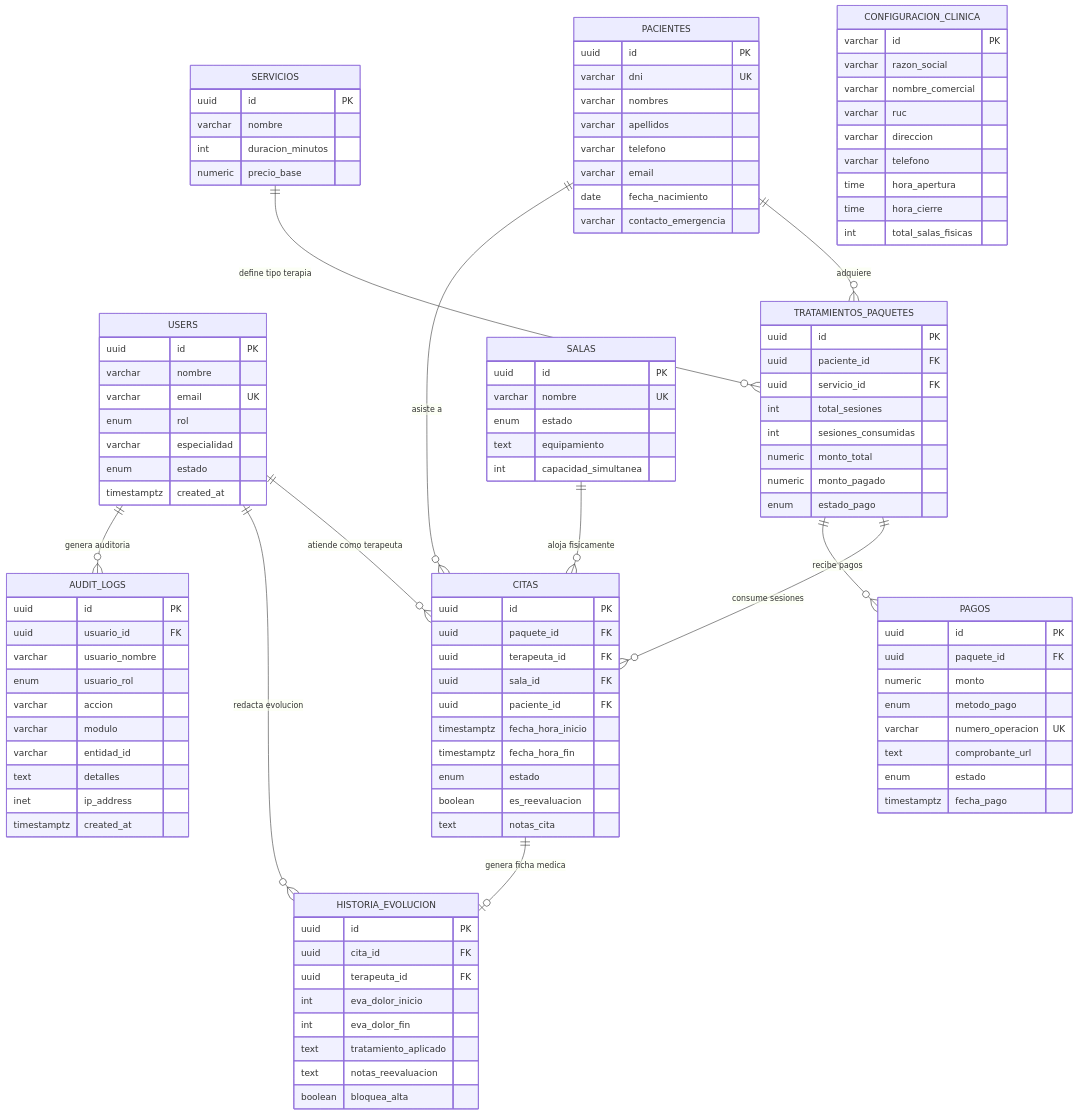
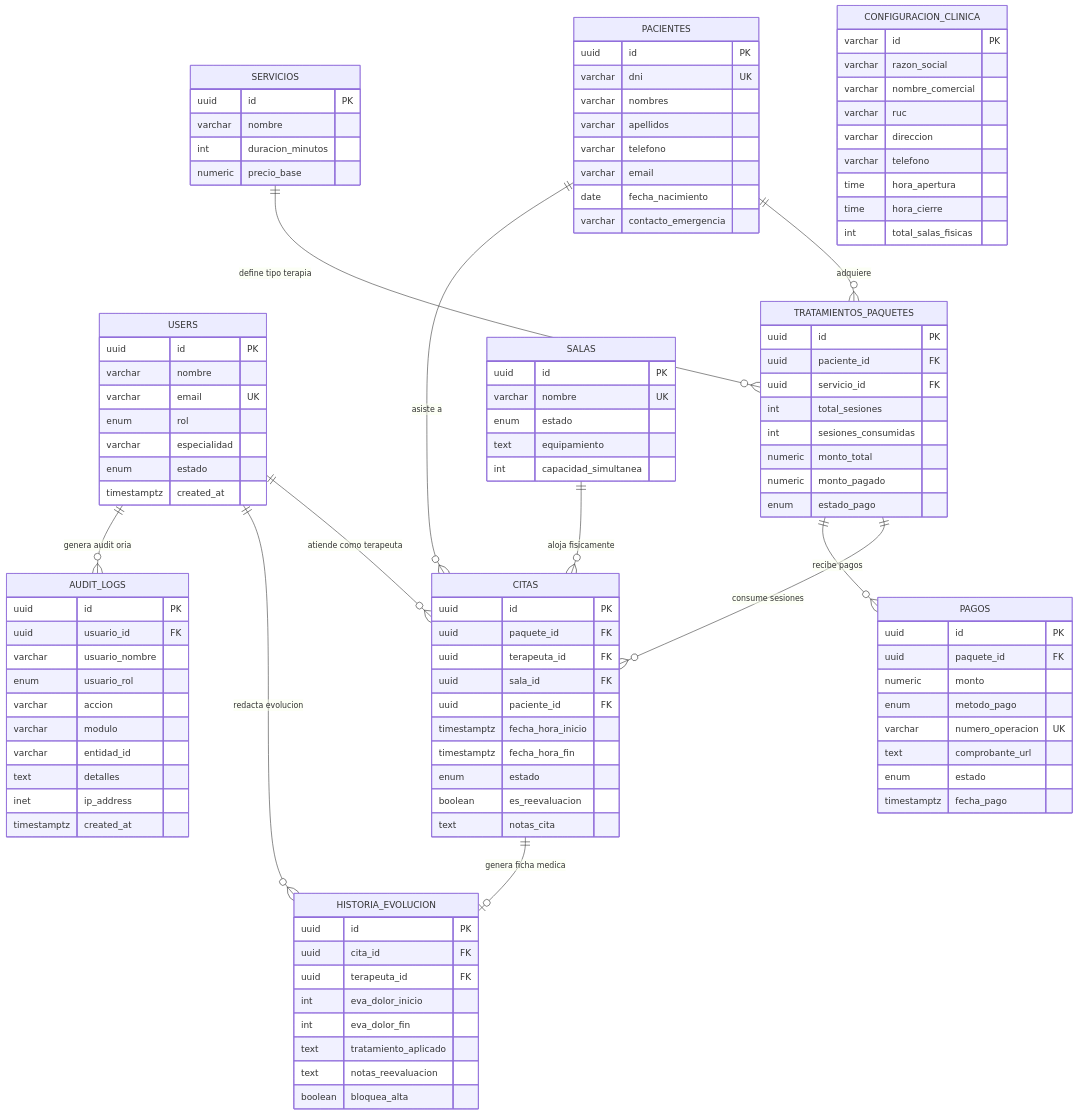
One commit to lederstream/gestor_fisioterapia changed the diagram in docs/MODELO_RELACIONAL.md. Above: the diagram before and after it, drawn with Mermaid. The commit also changed 21 other files, not shown here.

```diff
--- a/docs/MODELO_RELACIONAL.md
+++ b/docs/MODELO_RELACIONAL.md
@@ -12,7 +12,7 @@
 erDiagram
     USERS ||--o{ CITAS : "atiende como terapeuta"
     USERS ||--o{ HISTORIA_EVOLUCION : "redacta evolucion"
-    USERS ||--o{ AUDIT_LOGS : "genera auditoria"
+    USERS ||--o{ AUDIT_LOGS : "genera audit oria"
 
     PACIENTES ||--o{ TRATAMIENTOS_PAQUETES : "adquiere"
     PACIENTES ||--o{ CITAS : "asiste a"
```
